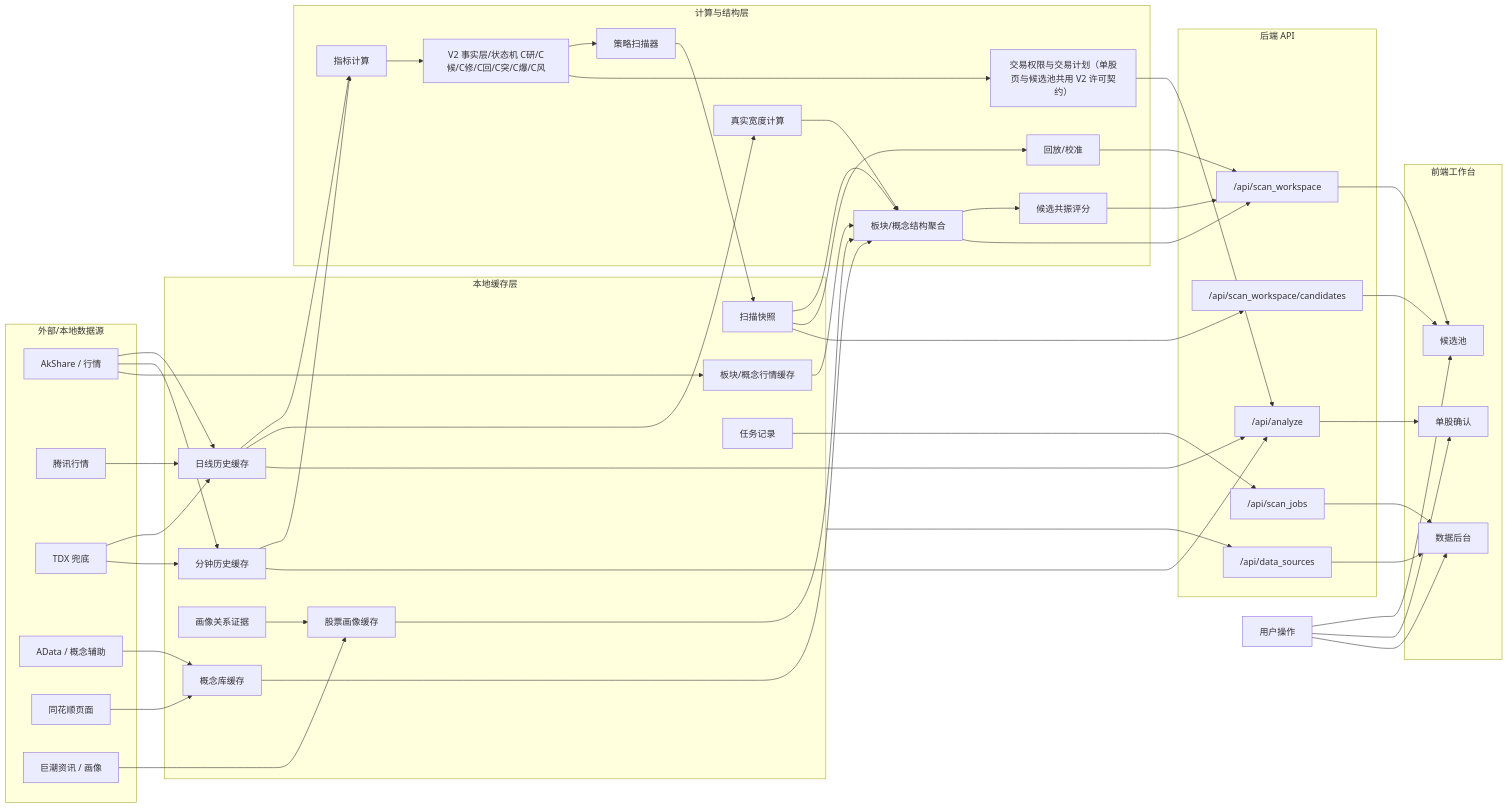
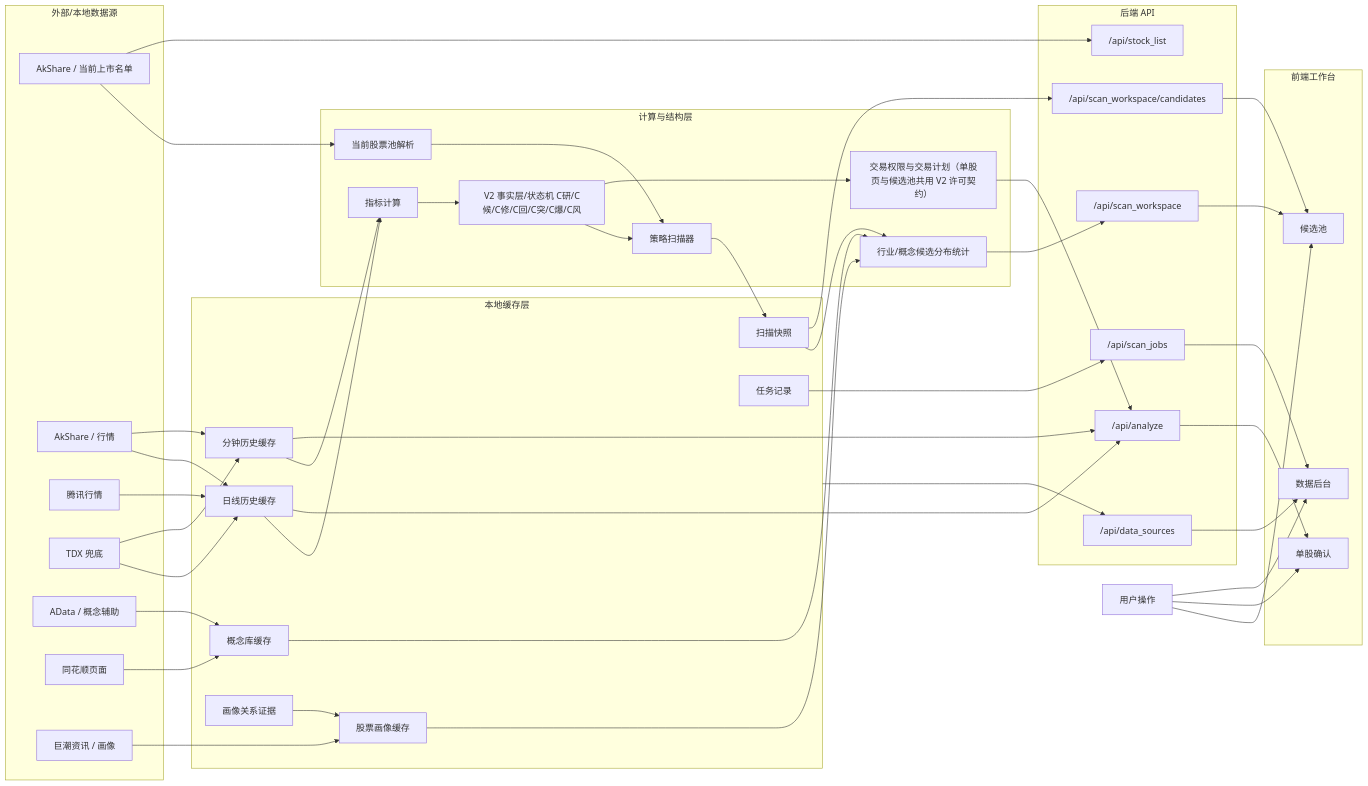
The first of 4 diagrams in docs/data-flow.md (moyla-dva/stock), drawn with Mermaid before and after one commit. The commit also changed other lines of this file and 196 other files, not shown here.

```diff
--- a/docs/data-flow.md
+++ b/docs/data-flow.md
@@ -9,6 +9,7 @@
     user["用户操作"]
 
     subgraph providers["外部/本地数据源"]
+        stockCatalog["AkShare / 当前上市名单"]
         akshare["AkShare / 行情"]
         tencent["腾讯行情"]
         tdx["TDX 兜底"]
@@ -22,7 +23,6 @@
         minute["分钟历史缓存"]
         profiles["股票画像缓存"]
         concepts["概念库缓存"]
-        boardMarket["板块/概念行情缓存"]
         relationEvidence["画像关系证据"]
         snapshots["扫描快照"]
         jobs["任务记录"]
@@ -31,15 +31,14 @@
     subgraph compute["计算与结构层"]
         indicators["指标计算"]
         strategy["V2 事实层/状态机 C研/C候/C修/C回/C突/C爆/C风"]
+        universe["当前股票池解析"]
         scanner["策略扫描器"]
-        breadth["真实宽度计算"]
-        structure["板块/概念结构聚合"]
-        resonance["候选共振评分"]
+        structure["行业/概念候选分布统计"]
         tradePlan["交易权限与交易计划（单股页与候选池共用 V2 许可契约）"]
-        replay["回放/校准"]
     end
 
     subgraph api["后端 API"]
+        stockListApi["/api/stock_list"]
         workspaceApi["/api/scan_workspace"]
         candidateApi["/api/scan_workspace/candidates"]
         analyzeApi["/api/analyze"]
@@ -53,6 +52,9 @@
         dataJobs["数据后台"]
     end
 
+    stockCatalog --> universe
+    universe --> scanner
+    stockCatalog --> stockListApi
     akshare --> history
     tencent --> history
     tdx --> history
@@ -61,7 +63,6 @@
     adata --> concepts
     ths --> concepts
     cninfo --> profiles
-    akshare --> boardMarket
     relationEvidence --> profiles
 
     history --> indicators
@@ -71,17 +72,10 @@
     scanner --> snapshots
     profiles --> structure
     concepts --> structure
-    boardMarket --> structure
-    history --> breadth
     snapshots --> structure
-    breadth --> structure
-    structure --> resonance
-    snapshots --> replay
     strategy --> tradePlan
 
     structure --> workspaceApi
-    resonance --> workspaceApi
-    replay --> workspaceApi
     snapshots --> candidateApi
     history --> analyzeApi
     minute --> analyzeApi
```
